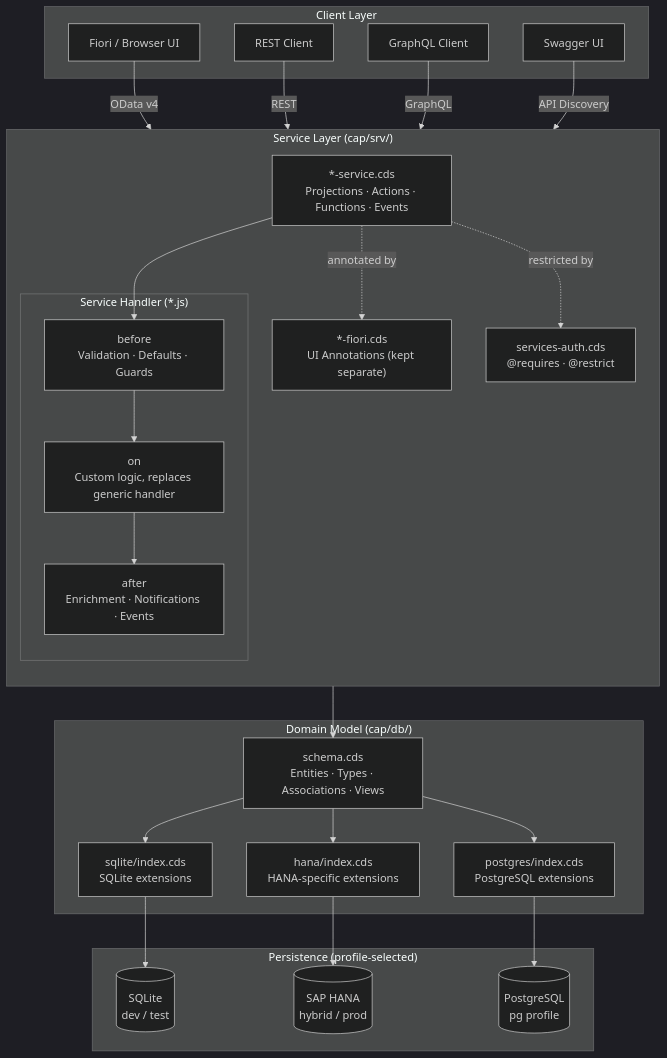
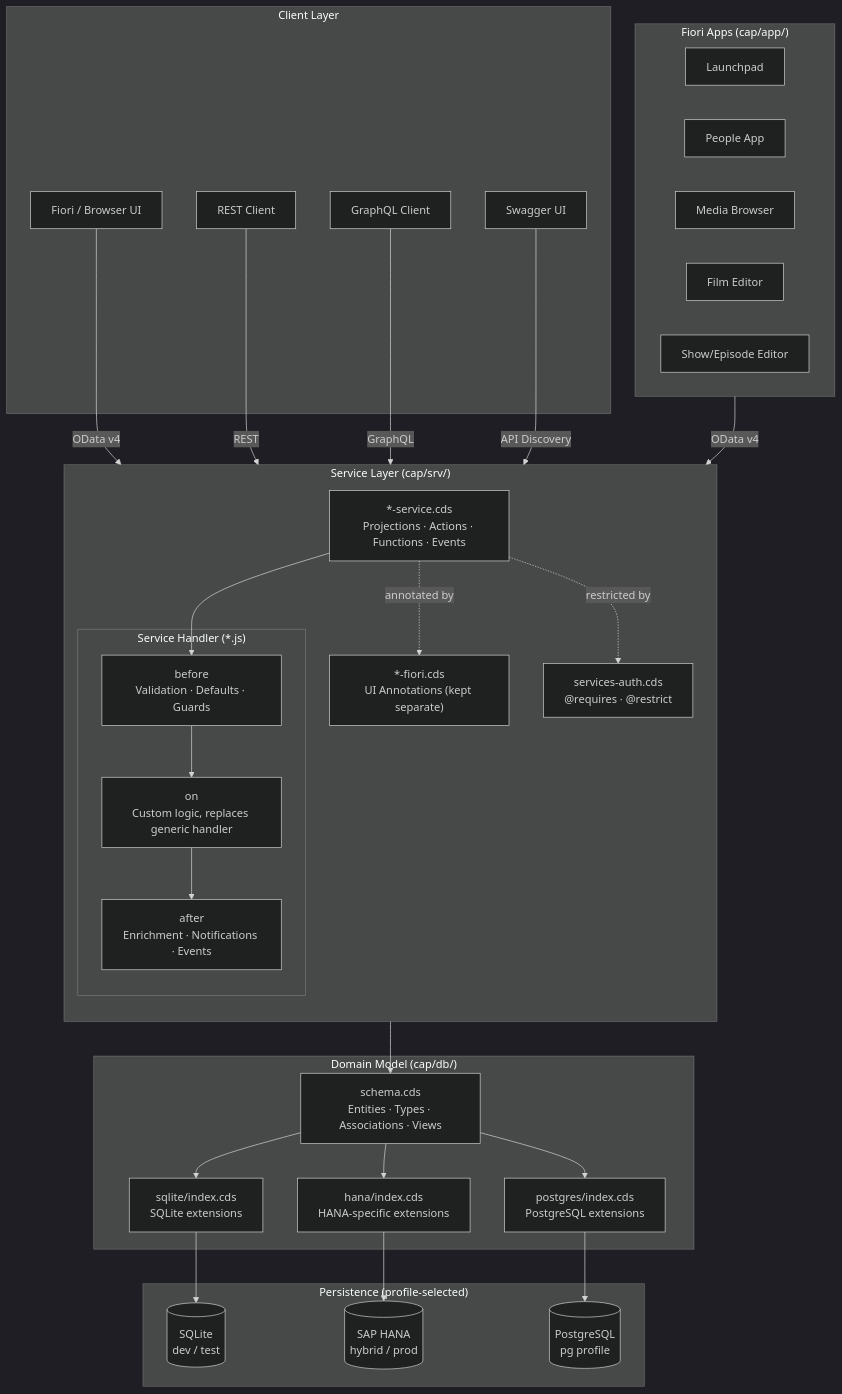
Before and after one commit to SAP-samples/cloud-cap-hana-swapi: the diagram in cap/docs/cap-architecture.md, drawn with Mermaid (dark theme). The commit also changed other lines of this file, not shown here.

Commit message:
docs: update architecture doc with Film2* junctions, Media view, Fiori apps

````diff
--- a/cap/docs/cap-architecture.md
+++ b/cap/docs/cap-architecture.md
@@ -7,48 +7,58 @@
 ```mermaid
 graph TB
+    subgraph APP["Fiori Apps  (cap/app/)"]
+        direction LR
+        LAUNCH[Launchpad]
+        FPEOPLE[People App]
+        FMEDIA[Media Browser]
+        FFILM[Film Editor]
+        FSHOW[Show/Episode Editor]
+    end
+
     subgraph Clients["Client Layer"]
         UI[Fiori / Browser UI]
         REST[REST Client]
         GQL[GraphQL Client]
         SWAGGER[Swagger UI]
     end
 
     subgraph SRV["Service Layer  (cap/srv/)"]
         direction TB
         SVCDEF["*-service.cds\nProjections · Actions · Functions · Events"]
         FIORI["*-fiori.cds\nUI Annotations (kept separate)"]
         AUTH["services-auth.cds\n@requires · @restrict"]
         subgraph JS["Service Handler  (*.js)"]
             BEF["before\nValidation · Defaults · Guards"]
             ON["on\nCustom logic, replaces generic handler"]
             AFT["after\nEnrichment · Notifications · Events"]
         end
     end
 
     subgraph DB["Domain Model  (cap/db/)"]
         SCHEMA["schema.cds\nEntities · Types · Associations · Views"]
         HANA["hana/index.cds\nHANA-specific extensions"]
         SQLITE["sqlite/index.cds\nSQLite extensions"]
         PG["postgres/index.cds\nPostgreSQL extensions"]
     end
 
     subgraph PERSIST["Persistence  (profile-selected)"]
         SQLITEDB[(SQLite\ndev / test)]
         HANADB[(SAP HANA\nhybrid / prod)]
         PGDB[(PostgreSQL\npg profile)]
     end
 
     UI -->|OData v4| SVCDEF
+    APP -->|OData v4| SVCDEF
     REST -->|REST| SVCDEF
     GQL -->|GraphQL| SVCDEF
     SWAGGER -->|API Discovery| SVCDEF
 
     SVCDEF -. "annotated by" .-> FIORI
     SVCDEF -. "restricted by" .-> AUTH
     SVCDEF --> BEF --> ON --> AFT
     AFT --> SCHEMA
     SCHEMA --> HANA & SQLITE & PG
     HANA --> HANADB
     SQLITE --> SQLITEDB
     PG --> PGDB
 ```
````
